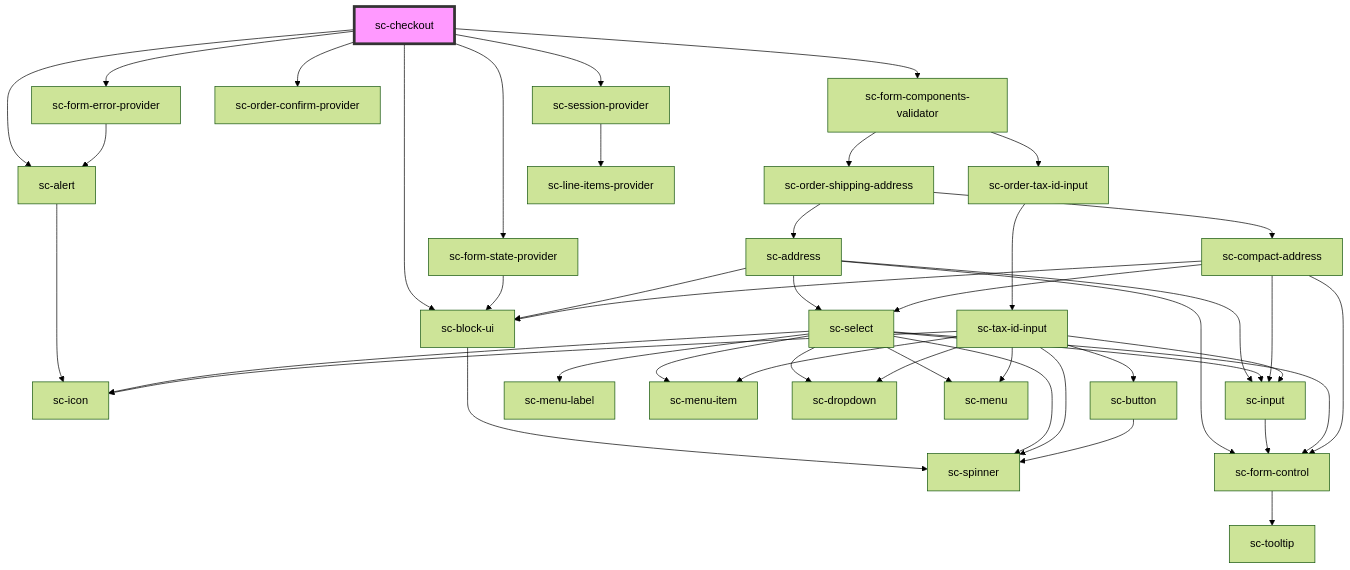
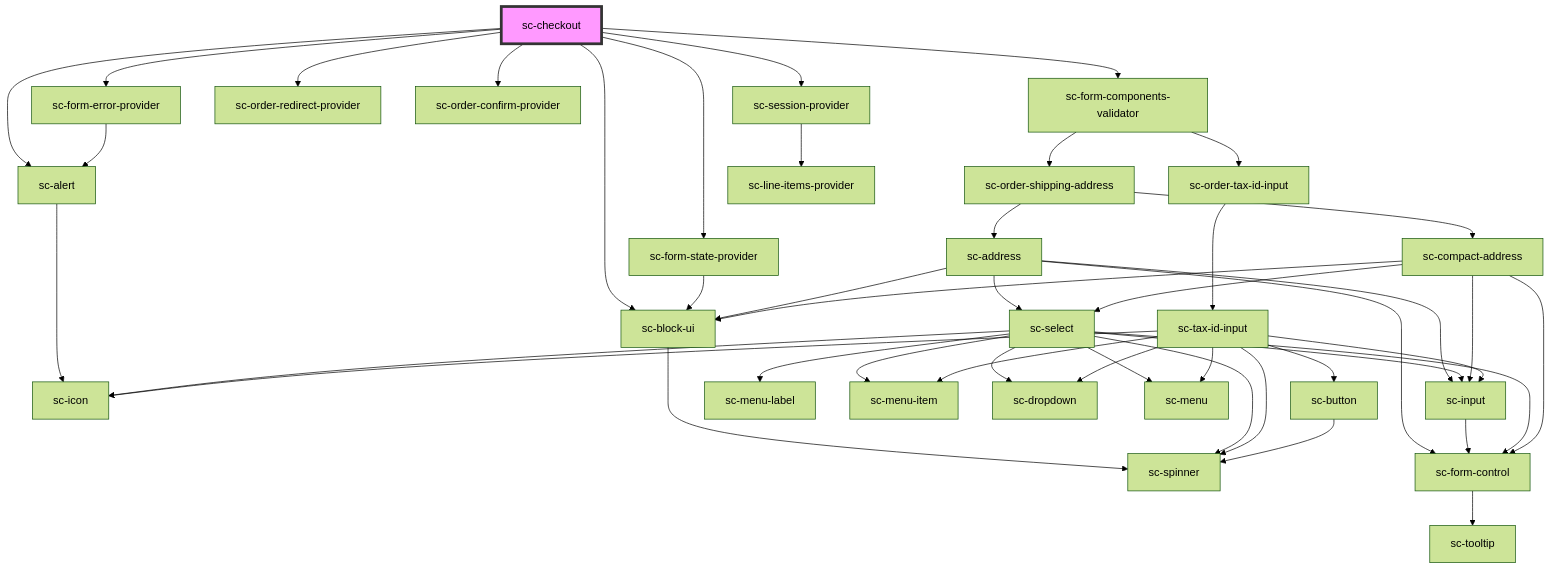
One commit to surecart/surecart-wp-plugin changed the diagram in packages/components/src/components/controllers/checkout-form/checkout/readme.md. Above: the diagram before and after it, drawn with Mermaid (forest theme). The commit also changed other lines of this file and 3 other files, not shown here.

````diff
--- a/packages/components/src/components/controllers/checkout-form/checkout/readme.md
+++ b/packages/components/src/components/controllers/checkout-form/checkout/readme.md
@@ -75,47 +76,48 @@
 ```mermaid
 graph TD;
   sc-checkout --> sc-alert
   sc-checkout --> sc-form-state-provider
   sc-checkout --> sc-form-error-provider
   sc-checkout --> sc-form-components-validator
+  sc-checkout --> sc-order-redirect-provider
   sc-checkout --> sc-order-confirm-provider
   sc-checkout --> sc-session-provider
   sc-checkout --> sc-block-ui
   sc-alert --> sc-icon
   sc-form-state-provider --> sc-block-ui
   sc-block-ui --> sc-spinner
   sc-form-error-provider --> sc-alert
   sc-form-components-validator --> sc-order-shipping-address
   sc-form-components-validator --> sc-order-tax-id-input
   sc-order-shipping-address --> sc-address
   sc-order-shipping-address --> sc-compact-address
   sc-address --> sc-form-control
   sc-address --> sc-input
   sc-address --> sc-select
   sc-address --> sc-block-ui
   sc-form-control --> sc-tooltip
   sc-input --> sc-form-control
   sc-select --> sc-icon
   sc-select --> sc-menu-label
   sc-select --> sc-menu-item
   sc-select --> sc-form-control
   sc-select --> sc-dropdown
   sc-select --> sc-input
   sc-select --> sc-spinner
   sc-select --> sc-menu
   sc-compact-address --> sc-form-control
   sc-compact-address --> sc-select
   sc-compact-address --> sc-input
   sc-compact-address --> sc-block-ui
   sc-order-tax-id-input --> sc-tax-id-input
   sc-tax-id-input --> sc-icon
   sc-tax-id-input --> sc-input
   sc-tax-id-input --> sc-spinner
   sc-tax-id-input --> sc-dropdown
   sc-tax-id-input --> sc-button
   sc-tax-id-input --> sc-menu
   sc-tax-id-input --> sc-menu-item
   sc-button --> sc-spinner
   sc-session-provider --> sc-line-items-provider
   style sc-checkout fill:#f9f,stroke:#333,stroke-width:4px
 ```
````
